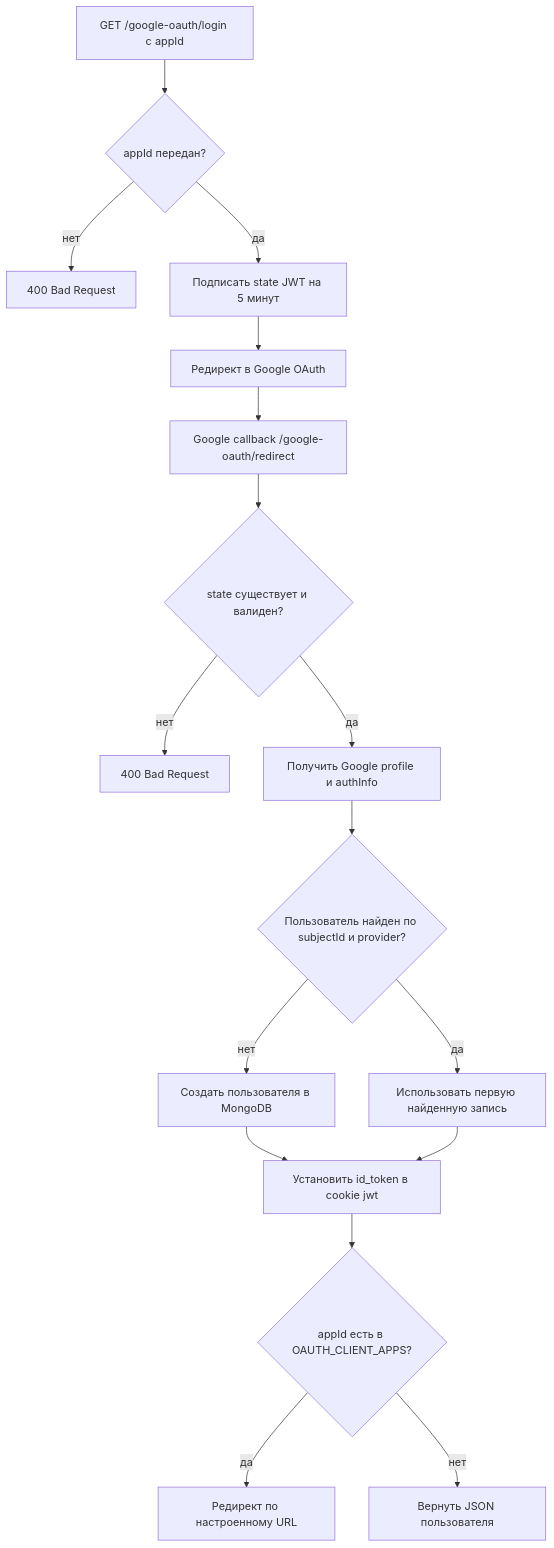
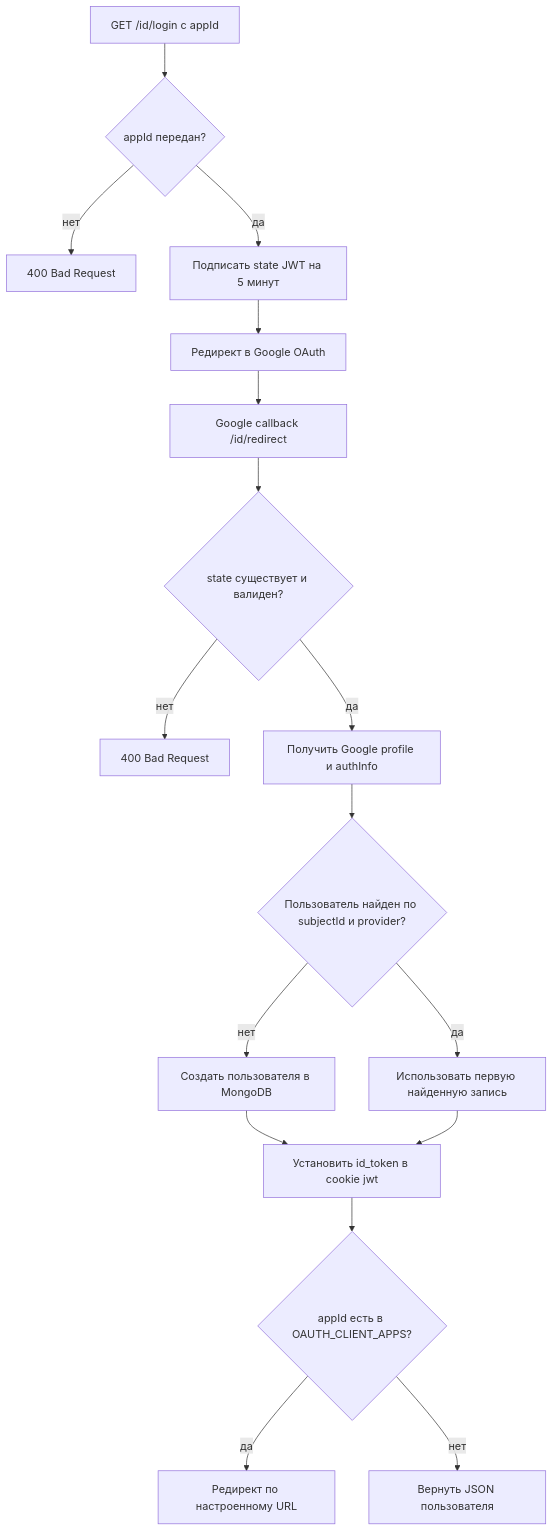
One commit to alexanderKaramushko/google-oauth2-nestjs changed the first of 2 diagrams in docs/docs/system/system-specification.md. Above: the diagram before and after it, drawn with Mermaid. The commit also changed other lines of this file and 1 other file, not shown here.

````diff
--- a/docs/docs/system/system-specification.md
+++ b/docs/docs/system/system-specification.md
@@ -32,19 +32,19 @@
 ```mermaid
 flowchart TD
-    A[GET /google-oauth/login с appId] --> B{appId передан?}
+    A[GET /id/login с appId] --> B{appId передан?}
     B -->|нет| C[400 Bad Request]
     B -->|да| D[Подписать state JWT на 5 минут]
     D --> E[Редирект в Google OAuth]
-    E --> F[Google callback /google-oauth/redirect]
+    E --> F[Google callback /id/redirect]
     F --> G{state существует и валиден?}
     G -->|нет| H[400 Bad Request]
     G -->|да| I[Получить Google profile и authInfo]
     I --> J{Пользователь найден по subjectId и provider?}
     J -->|нет| K[Создать пользователя в MongoDB]
     J -->|да| L[Использовать первую найденную запись]
     K --> M[Установить id_token в cookie jwt]
     L --> M
     M --> N{appId есть в OAUTH_CLIENT_APPS?}
     N -->|да| O[Редирект по настроенному URL]
     N -->|нет| P[Вернуть JSON пользователя]
 ```
````
